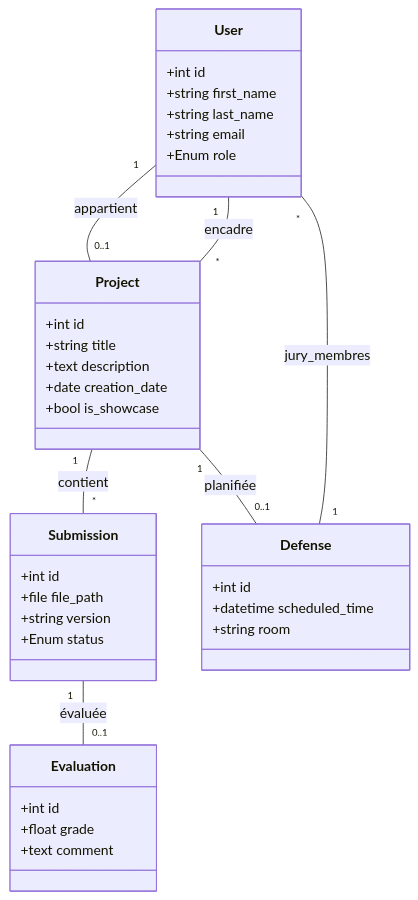
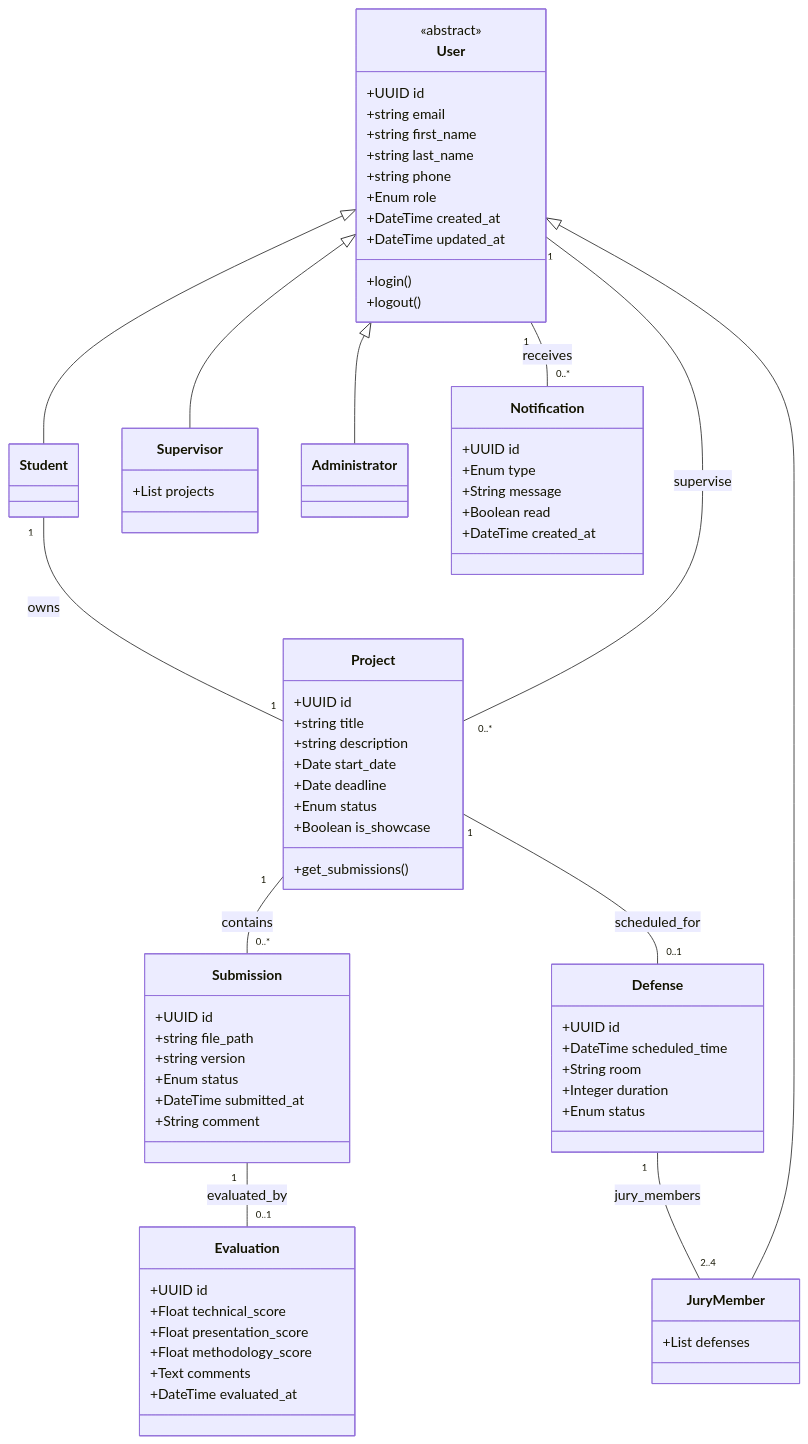
Before and after one commit to Lagmouchyoussef/PFE-Navigator: the fourth of 13 diagrams in README.md, drawn with Mermaid. The commit also changed other lines of this file, not shown here.

````diff
--- a/README.md
+++ b/README.md
@@ -304,41 +221,90 @@
 ```mermaid
 classDiagram
     direction TB
+    
     class User {
-        +int id
+        <<abstract>>
+        +UUID id
+        +string email
         +string first_name
         +string last_name
-        +string email
+        +string phone
         +Enum role
+        +DateTime created_at
+        +DateTime updated_at
+        +login()
+        +logout()
     }
+    
+    class Student {
+    }
+    
+    class Supervisor {
+        +List projects
+    }
+    
+    class JuryMember {
+        +List defenses
+    }
+    
+    class Administrator {
+    }
+    
     class Project {
-        +int id
+        +UUID id
         +string title
-        +text description
-        +date creation_date
-        +bool is_showcase
+        +string description
+        +Date start_date
+        +Date deadline
+        +Enum status
+        +Boolean is_showcase
+        +get_submissions()
     }
+    
     class Submission {
-        +int id
-        +file file_path
+        +UUID id
+        +string file_path
         +string version
         +Enum status
+        +DateTime submitted_at
+        +String comment
     }
+    
     class Defense {
-        +int id
-        +datetime scheduled_time
-        +string room
+        +UUID id
+        +DateTime scheduled_time
+        +String room
+        +Integer duration
+        +Enum status
     }
+    
     class Evaluation {
-        +int id
-        +float grade
-        +text comment
+        +UUID id
+        +Float technical_score
+        +Float presentation_score
+        +Float methodology_score
+        +Text comments
+        +DateTime evaluated_at
     }
-
-    User "1" -- "0..1" Project : appartient
-    User "1" -- "*" Project : encadre
-    Project "1" -- "*" Submission : contient
-    Project "1" -- "0..1" Defense : planifiée
-    Defense "1" -- "*" User : jury_membres
-    Submission "1" -- "0..1" Evaluation : évaluée
+    
+    class Notification {
+        +UUID id
+        +Enum type
+        +String message
+        +Boolean read
+        +DateTime created_at
+    }
+    
+    User <|-- Student
+    User <|-- Supervisor
+    User <|-- JuryMember
+    User <|-- Administrator
+    
+    User "1" -- "0..*" Project : supervise
+    Student "1" -- "1" Project : owns
+    Project "1" -- "0..*" Submission : contains
+    Submission "1" -- "0..1" Evaluation : evaluated_by
+    Project "1" -- "0..1" Defense : scheduled_for
+    Defense "1" -- "2..4" JuryMember : jury_members
+    User "1" -- "0..*" Notification : receives
 ```
````
